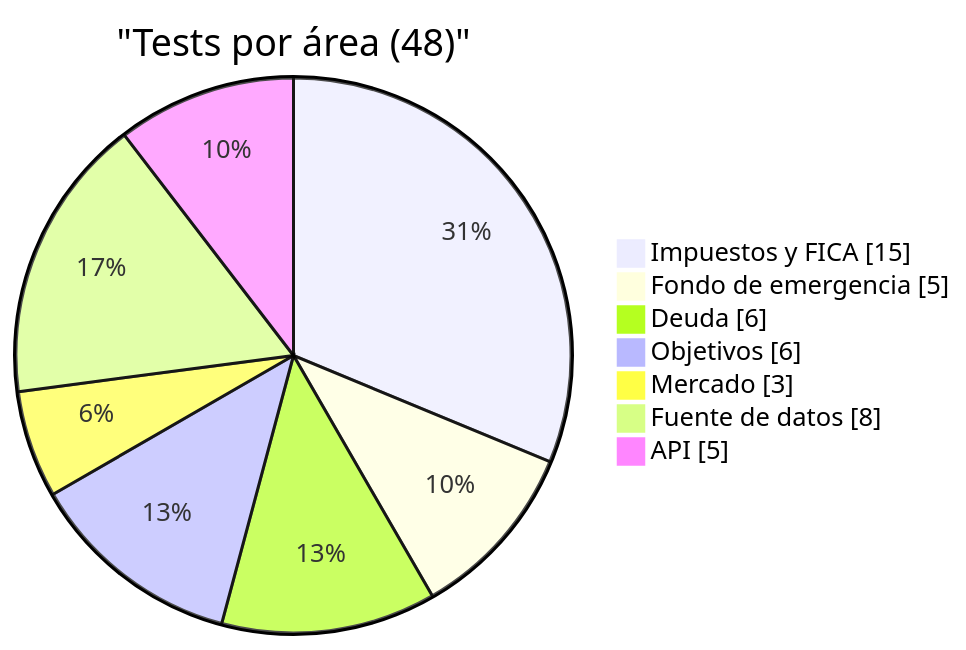
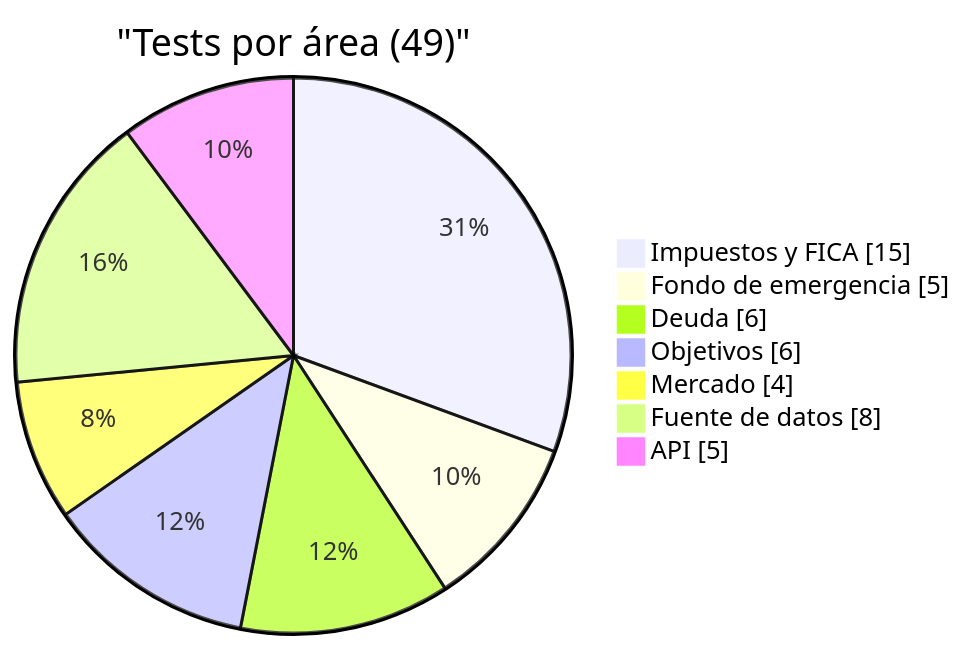
The tenth of 11 diagrams in README.md (xavier-ventura/SHERPY), drawn with Mermaid before and after one commit. The commit also changed other lines of this file, not shown here.

Commit message:
README: recuento de tests actualizado

````diff
--- a/README.md
+++ b/README.md
@@ -421,11 +421,11 @@
 ```mermaid
 pie showData
-    title "Tests por área (48)"
+    title "Tests por área (49)"
     "Impuestos y FICA" : 15
     "Fondo de emergencia" : 5
     "Deuda" : 6
     "Objetivos" : 6
-    "Mercado" : 3
+    "Mercado" : 4
     "Fuente de datos" : 8
     "API" : 5
 ```
````
